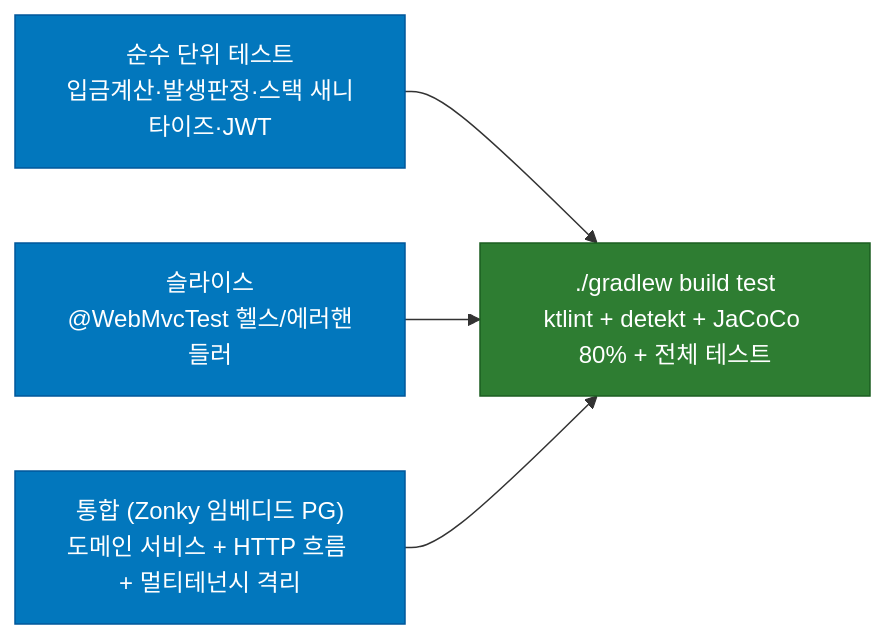
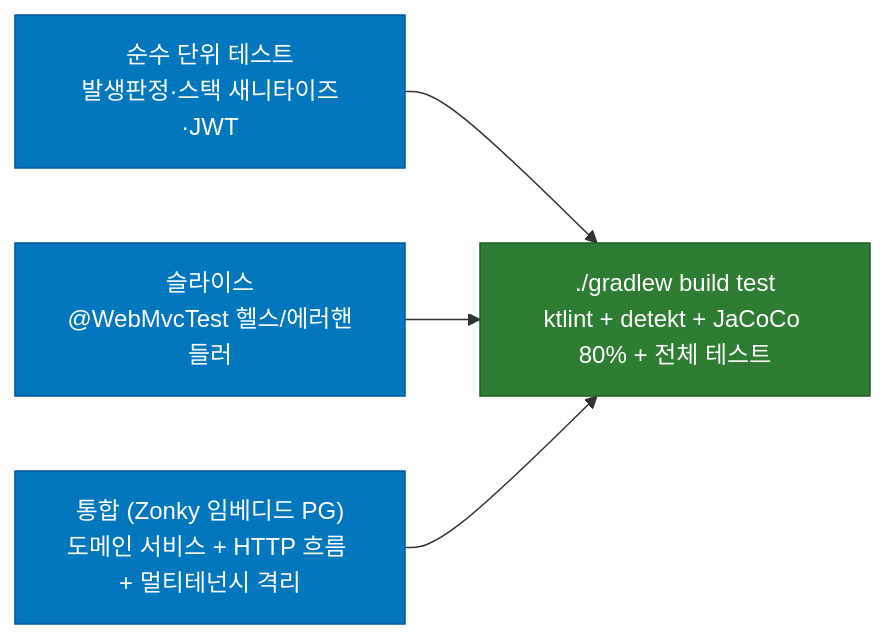
The ninth of 10 diagrams in docs/ARCHITECTURE.md (flori-ai-kr/api), drawn with Mermaid before and after one commit. The commit also changed other lines of this file and 50 other files, not shown here.

````diff
--- a/docs/ARCHITECTURE.md
+++ b/docs/ARCHITECTURE.md
@@ -539,12 +546,12 @@
 ```mermaid
 flowchart LR
-    Unit["순수 단위 테스트<br/>입금계산·발생판정·스택 새니타이즈·JWT"] --> Gate
+    Unit["순수 단위 테스트<br/>발생판정·스택 새니타이즈·JWT"] --> Gate
     Slice["슬라이스<br/>@WebMvcTest 헬스/에러핸들러"] --> Gate
     Integ["통합 (Zonky 임베디드 PG)<br/>도메인 서비스 + HTTP 흐름 + 멀티테넌시 격리"] --> Gate
     Gate["./gradlew build test<br/>ktlint + detekt + JaCoCo 80% + 전체 테스트"]
 
     classDef t fill:#0277bd,color:#fff,stroke:#01579b
     classDef g fill:#2e7d32,color:#fff,stroke:#1b5e20
     class Unit,Slice,Integ t
     class Gate g
 ```
````
